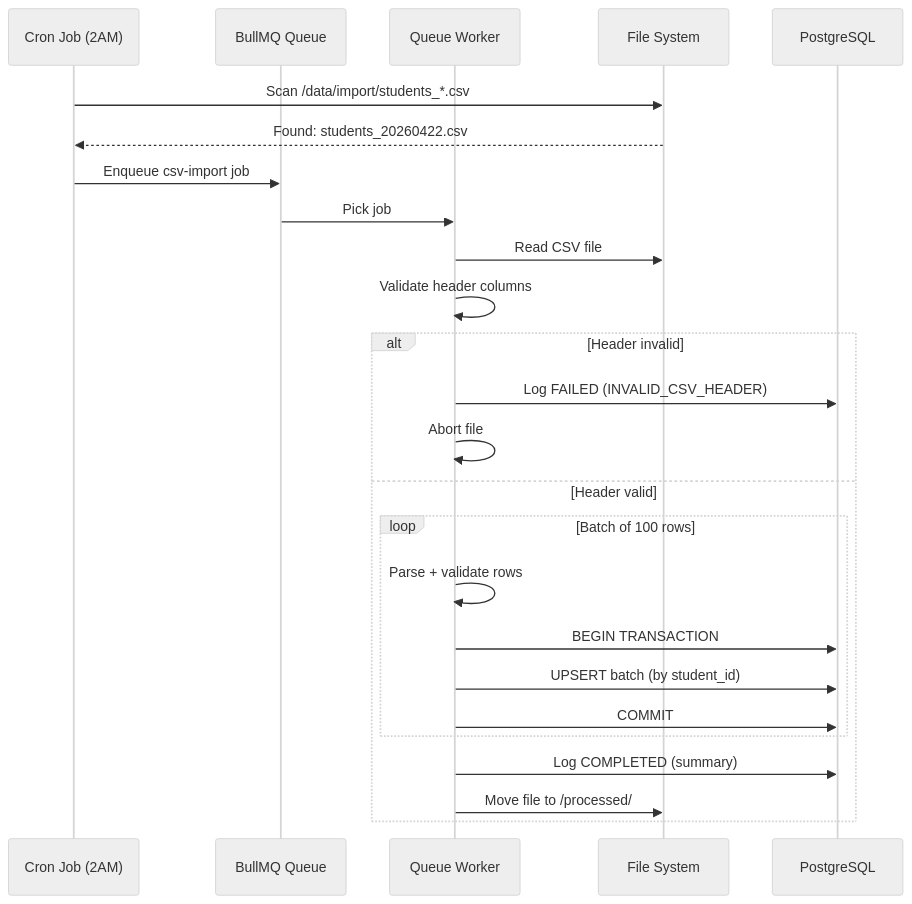
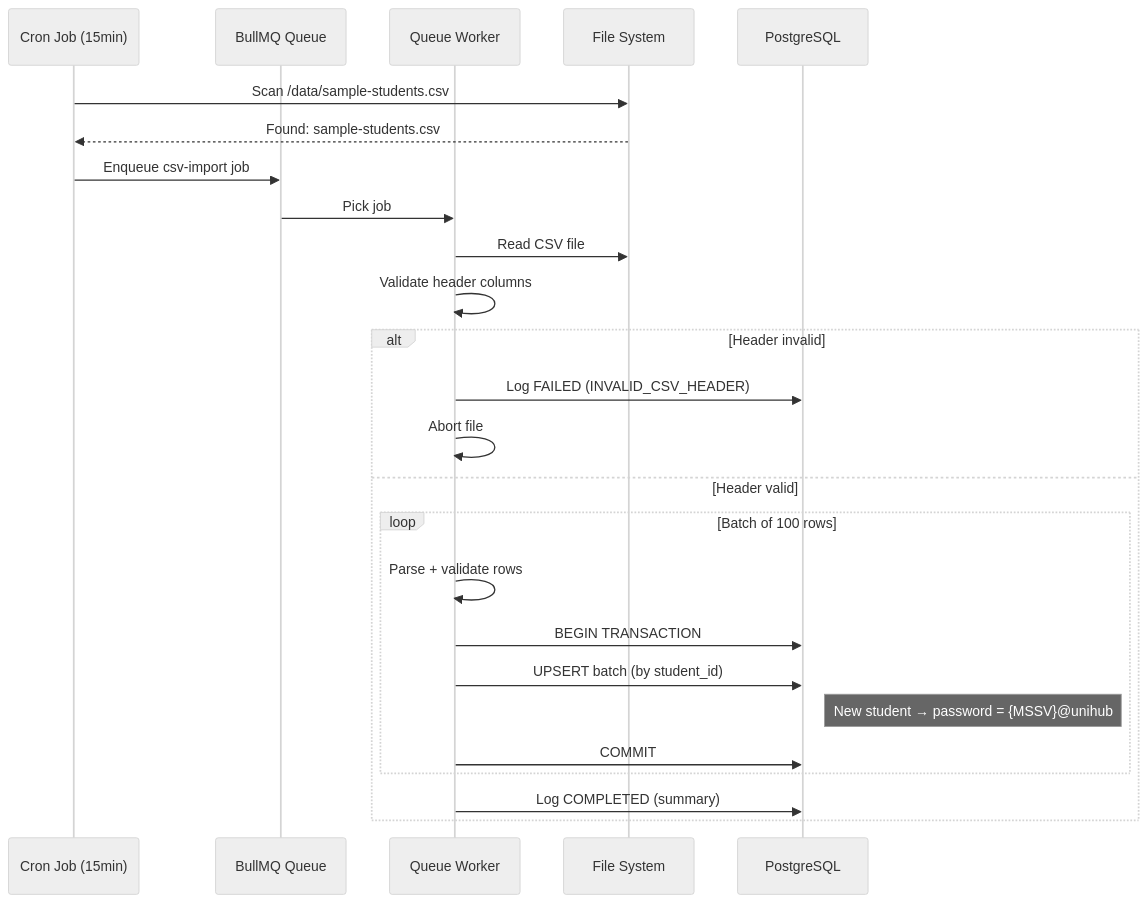
One commit to TMQ2k/UniHub-Workshop changed the sixth of 6 diagrams in blueprint/design.md. Above: the diagram before and after it, drawn with Mermaid (neutral theme). The commit also changed other lines of this file and 14 other files, not shown here.

Commit message:
docs: establish initial architecture, database schema, and module specifications for UniHub Workshop

````diff
--- a/blueprint/design.md
+++ b/blueprint/design.md
@@ -425,30 +426,30 @@
 ```mermaid
 sequenceDiagram
-    participant CRON as Cron Job (2AM)
+    participant CRON as Cron Job (15min)
     participant Q as BullMQ Queue
     participant WORKER as Queue Worker
     participant FS as File System
     participant DB as PostgreSQL
 
-    CRON->>FS: Scan /data/import/students_*.csv
-    FS-->>CRON: Found: students_20260422.csv
+    CRON->>FS: Scan /data/sample-students.csv
+    FS-->>CRON: Found: sample-students.csv
     CRON->>Q: Enqueue csv-import job
 
     Q->>WORKER: Pick job
     WORKER->>FS: Read CSV file
     WORKER->>WORKER: Validate header columns
 
     alt Header invalid
         WORKER->>DB: Log FAILED (INVALID_CSV_HEADER)
         WORKER->>WORKER: Abort file
     else Header valid
         loop Batch of 100 rows
             WORKER->>WORKER: Parse + validate rows
             WORKER->>DB: BEGIN TRANSACTION
             WORKER->>DB: UPSERT batch (by student_id)
+            Note right of DB: New student → password = {MSSV}@unihub
             WORKER->>DB: COMMIT
         end
         WORKER->>DB: Log COMPLETED (summary)
-        WORKER->>FS: Move file to /processed/
     end
 ```
````
